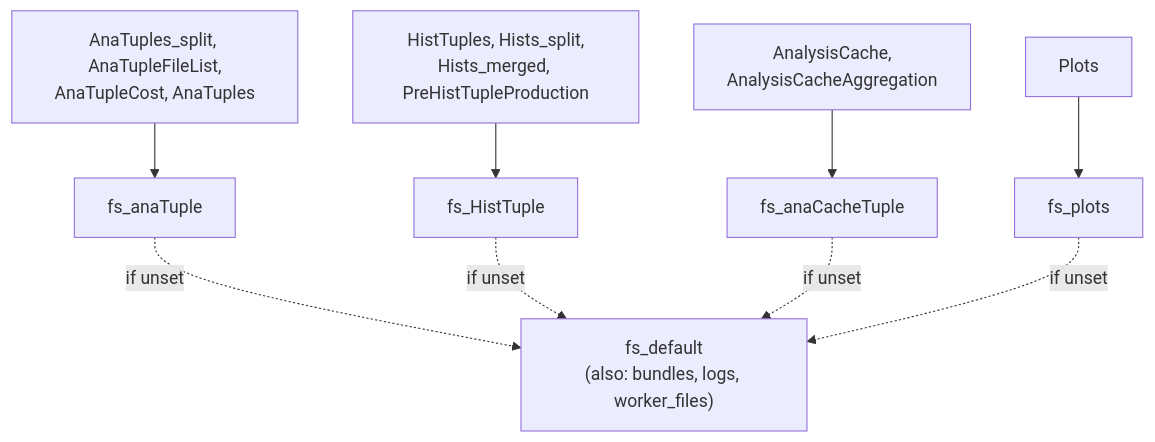
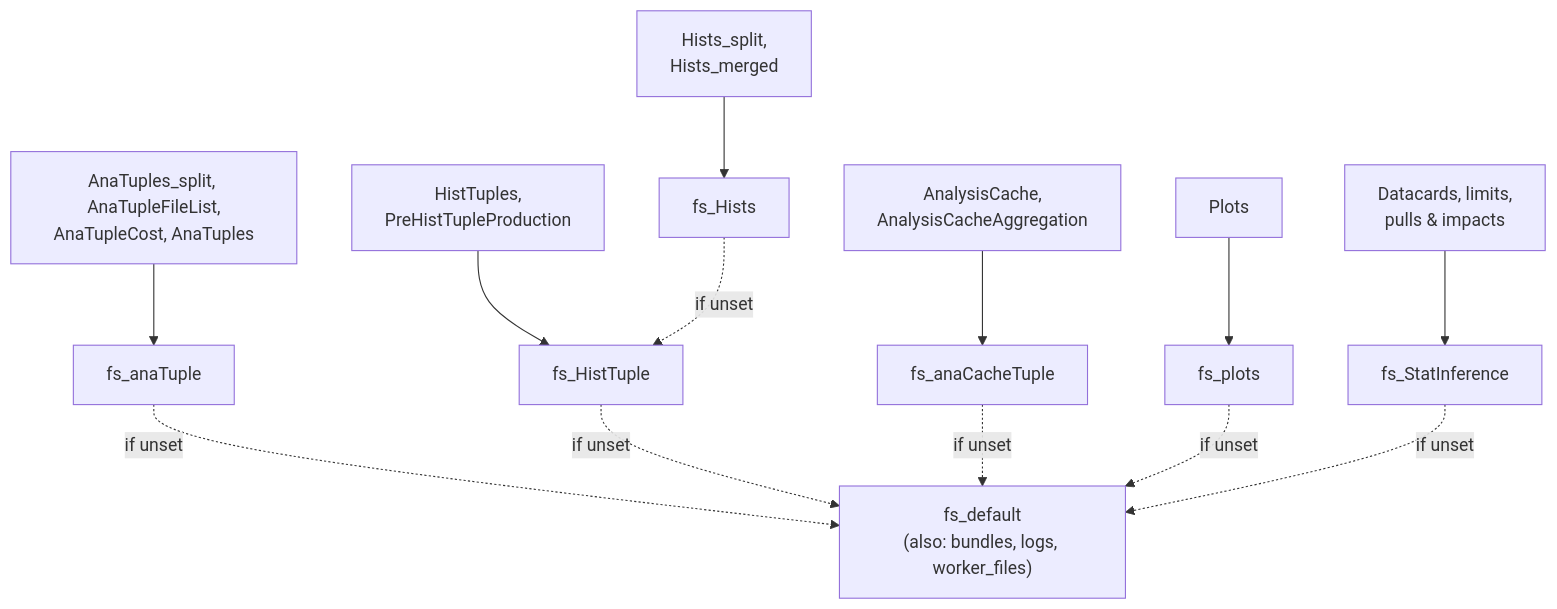
The first of 2 diagrams in docs/concepts/storage.md (cms-flaf/FLAF), drawn with Mermaid before and after one commit. The commit also changed other lines of this file and 10 other files, not shown here.

Commit message:
Storage keys fs_Hists (histograms, falls back to fs_HistTuple) and fs_StatInference (inference products, falls back to fs_default)

````diff
--- a/docs/concepts/storage.md
+++ b/docs/concepts/storage.md
@@ -25,11 +28,15 @@
 ```mermaid
 flowchart TD
     AP["AnaTuples_split, AnaTupleFileList,<br/>AnaTupleCost, AnaTuples"] --> FA["fs_anaTuple"]
-    HT["HistTuples, Hists_split,<br/>Hists_merged, PreHistTupleProduction"] --> FH["fs_HistTuple"]
+    HT["HistTuples,<br/>PreHistTupleProduction"] --> FH["fs_HistTuple"]
+    HS["Hists_split,<br/>Hists_merged"] --> FHS["fs_Hists"]
     AC["AnalysisCache,<br/>AnalysisCacheAggregation"] --> FC["fs_anaCacheTuple"]
     PL["Plots"] --> FP["fs_plots"]
+    SI["Datacards, limits,<br/>pulls & impacts"] --> FS["fs_StatInference"]
     FA -.->|if unset| FD["fs_default<br/>(also: bundles, logs, worker_files)"]
+    FHS -.->|if unset| FH
     FH -.->|if unset| FD
     FC -.->|if unset| FD
     FP -.->|if unset| FD
+    FS -.->|if unset| FD
 ```
````
